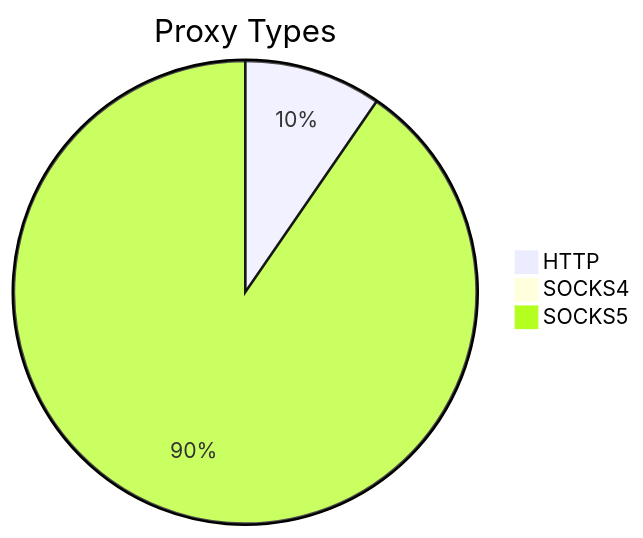
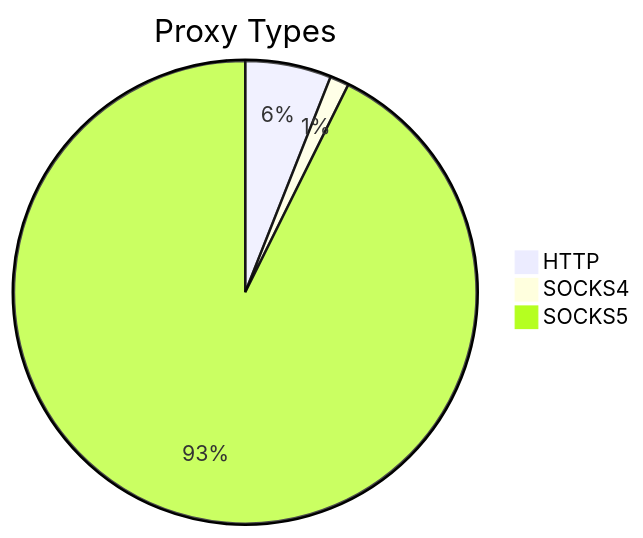
One commit to stormsia/proxy-list changed the first of 2 diagrams in README.md. Above: the diagram before and after it, drawn with Mermaid. The commit also changed other lines of this file, not shown here.

````diff
--- a/README.md
+++ b/README.md
@@ -21,6 +21,6 @@
 ```mermaid
 pie title Proxy Types
-    "HTTP" : 347
-    "SOCKS4" : 31
-    "SOCKS5" : 3269
+    "HTTP" : 402
+    "SOCKS4" : 89
+    "SOCKS5" : 6205
 ```
````
